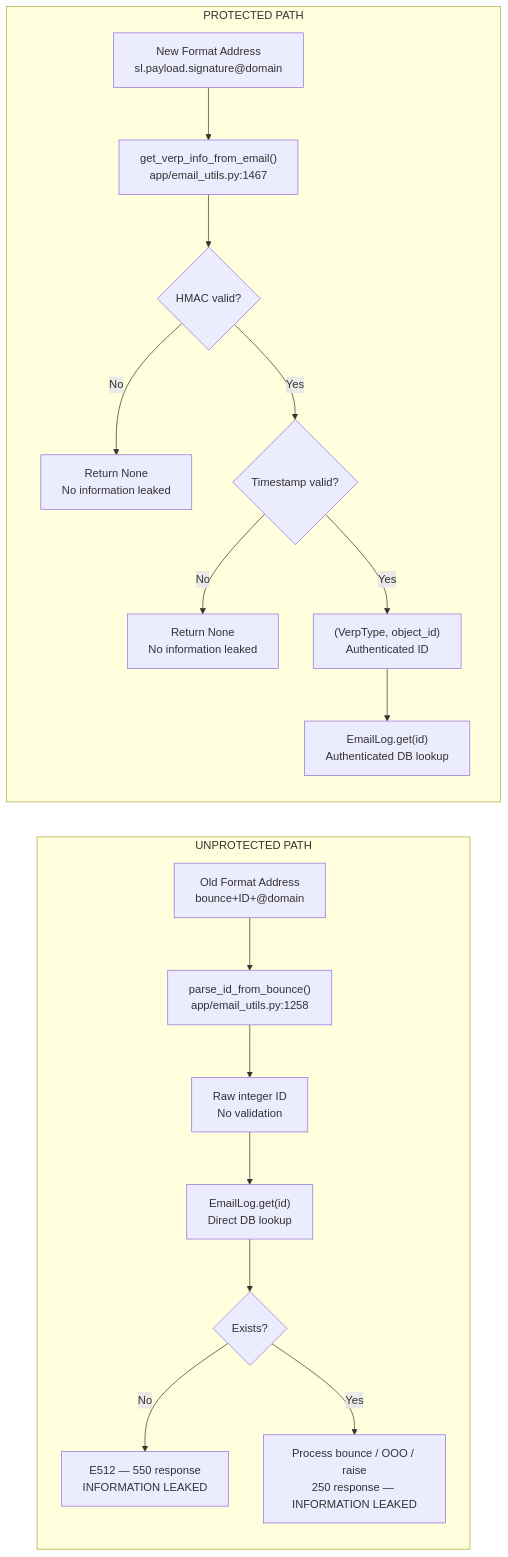
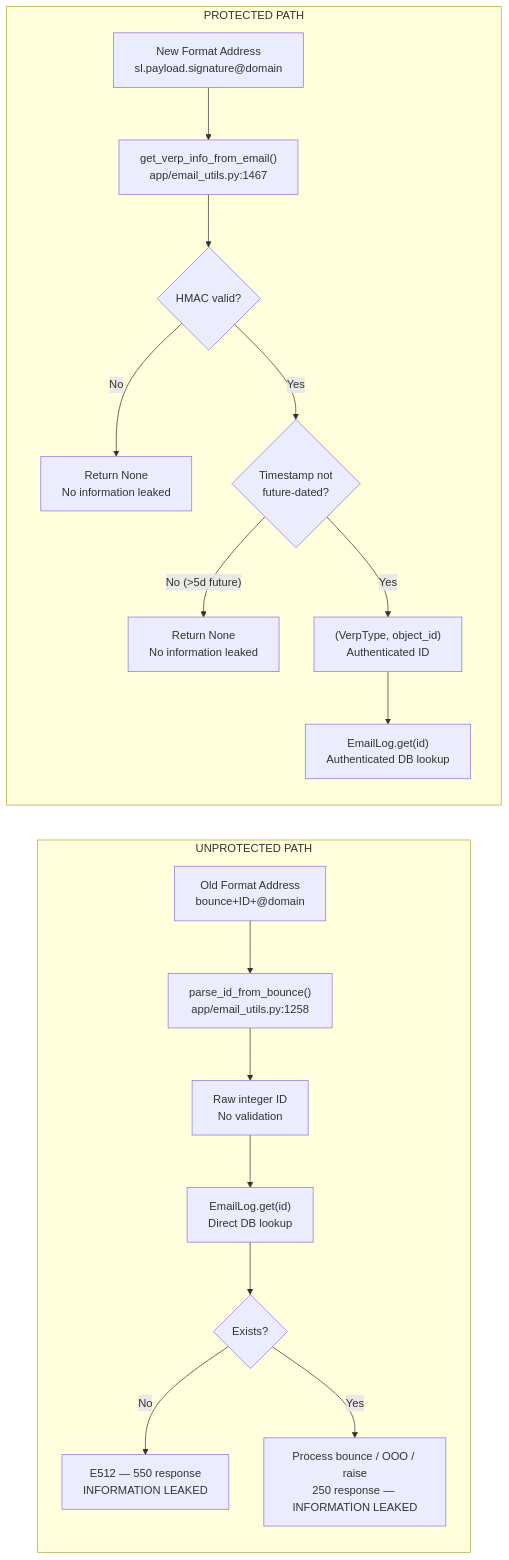
One commit to blitzy-research/app changed the third of 3 diagrams in blitzy/documentation/app_2cd6ee777f8c.md. Above: the diagram before and after it, drawn with Mermaid. The commit also changed other lines of this file, not shown here.

````diff
--- a/blitzy/documentation/app_2cd6ee777f8c.md
+++ b/blitzy/documentation/app_2cd6ee777f8c.md
@@ -584,22 +589,22 @@
 ```mermaid
 flowchart LR
     subgraph UNPROTECTED["UNPROTECTED PATH"]
         direction TB
         A1["Old Format Address<br/>bounce+ID+@domain"] --> A2["parse_id_from_bounce()<br/>app/email_utils.py:1258"]
         A2 --> A3["Raw integer ID<br/>No validation"]
         A3 --> A4["EmailLog.get(id)<br/>Direct DB lookup"]
         A4 --> A5{"Exists?"}
         A5 -->|"No"| A6["E512 — 550 response<br/>INFORMATION LEAKED"]
         A5 -->|"Yes"| A7["Process bounce / OOO / raise<br/>250 response — INFORMATION LEAKED"]
     end
     subgraph PROTECTED["PROTECTED PATH"]
         direction TB
         B1["New Format Address<br/>sl.payload.signature@domain"] --> B2["get_verp_info_from_email()<br/>app/email_utils.py:1467"]
         B2 --> B3{"HMAC valid?"}
         B3 -->|"No"| B4["Return None<br/>No information leaked"]
-        B3 -->|"Yes"| B5{"Timestamp valid?"}
-        B5 -->|"No"| B6["Return None<br/>No information leaked"]
+        B3 -->|"Yes"| B5{"Timestamp not<br/>future-dated?"}
+        B5 -->|"No (>5d future)"| B6["Return None<br/>No information leaked"]
         B5 -->|"Yes"| B7["(VerpType, object_id)<br/>Authenticated ID"]
         B7 --> B8["EmailLog.get(id)<br/>Authenticated DB lookup"]
     end
 ```
````
